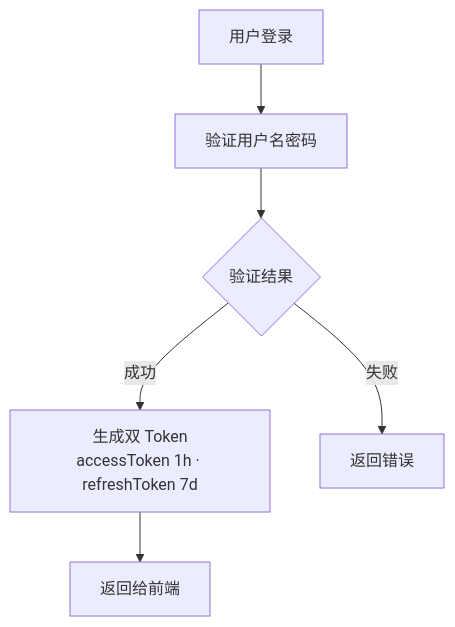
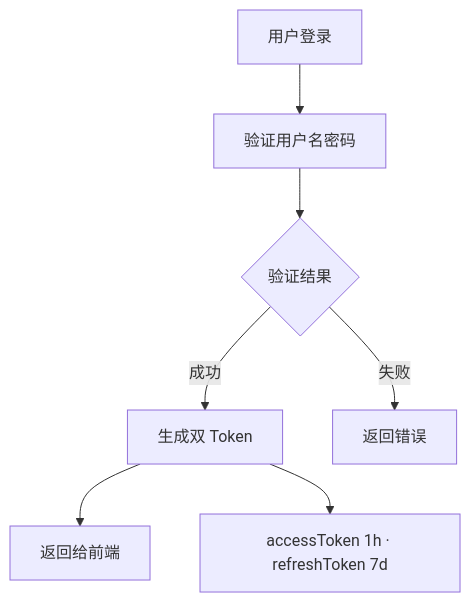
One commit to xingranya/CervixDetectAI changed the seventh of 7 diagrams in README.md. Above: the diagram before and after it, drawn with Mermaid. The commit also changed other lines of this file and 35 other files, not shown here.

First line of the commit message:
docs(readme): 优化并统一项目文档中的流程图与说明

````diff
--- a/README.md
+++ b/README.md
@@ -919,8 +886,9 @@
 ```mermaid
 flowchart TB
     A["用户登录"] --> B["验证用户名密码"]
     B --> C{"验证结果"}
-    C -->|"成功"| D["生成双 Token<br/>accessToken 1h · refreshToken 7d"]
+    C -->|"成功"| D["生成双 Token"]
     C -->|"失败"| E["返回错误"]
     D --> F["返回给前端"]
+    D --> G["accessToken 1h · refreshToken 7d"]
 ```
````
